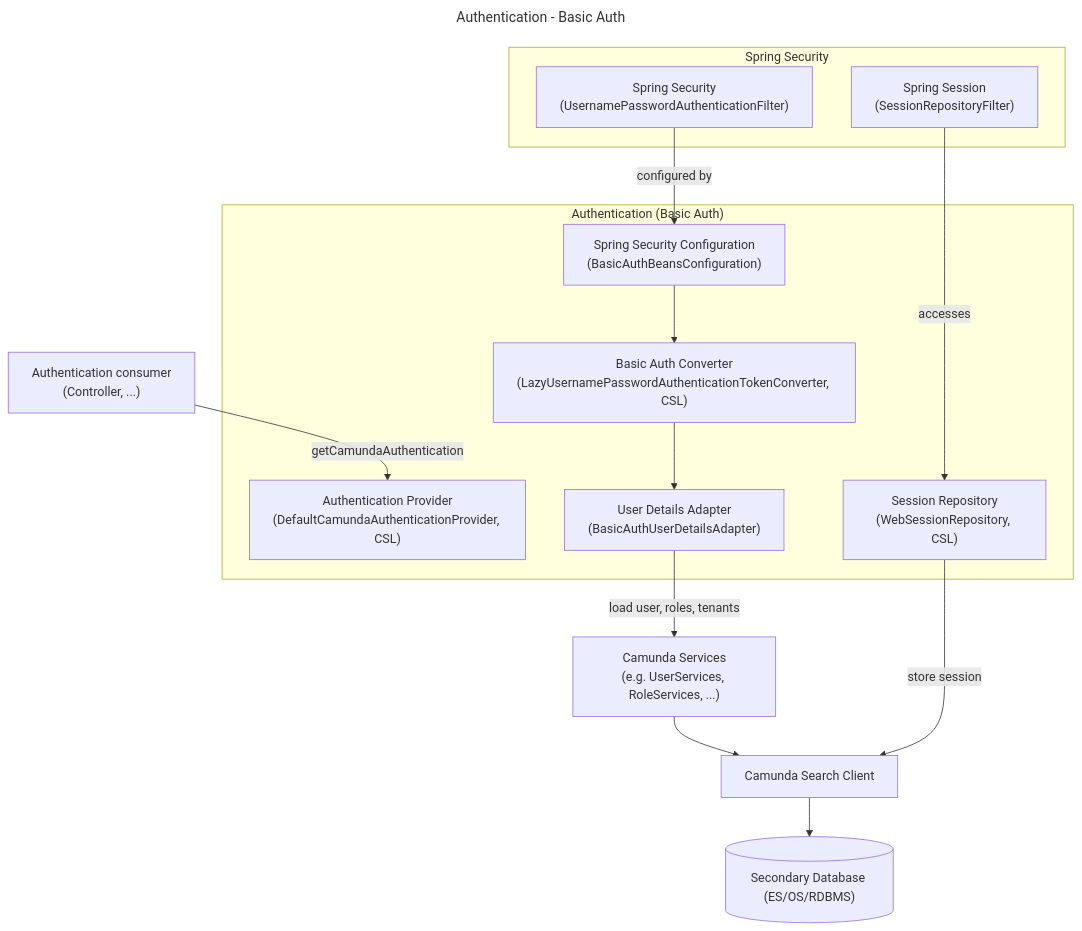
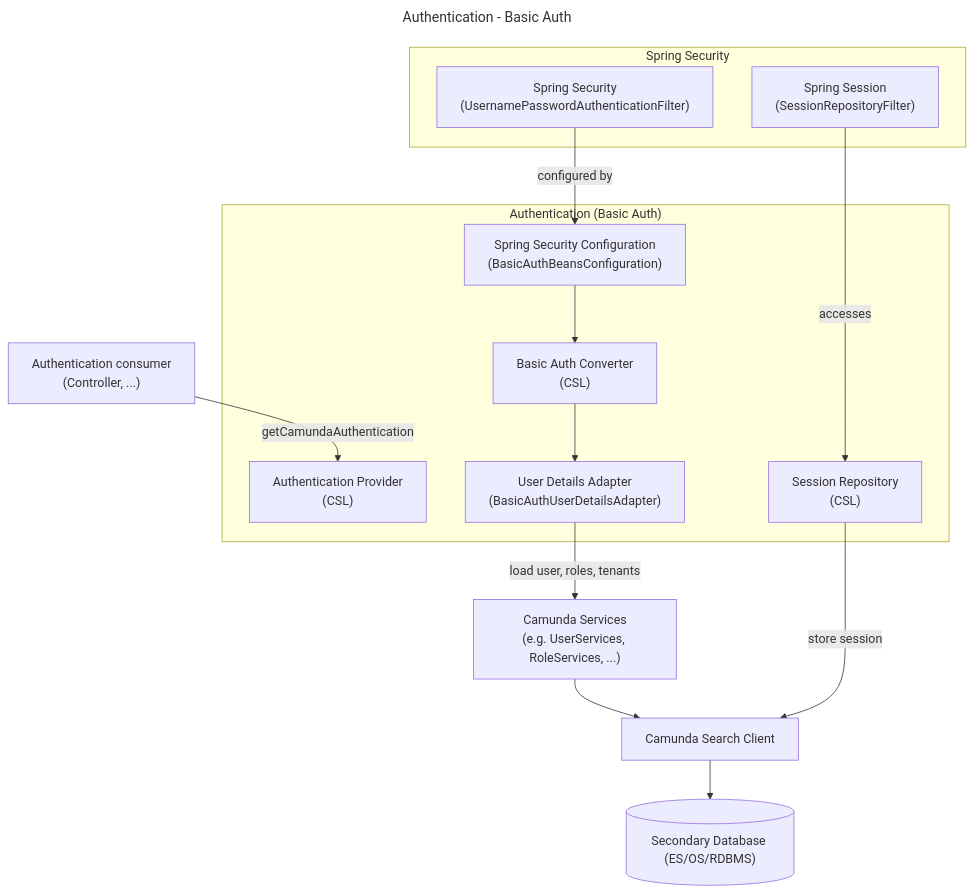
Before and after one commit to camunda/camunda: the fourth of 17 diagrams in identity/docs/architecture.md, drawn with Mermaid. The commit also changed other lines of this file and 3 other files, not shown here.

````diff
--- a/identity/docs/architecture.md
+++ b/identity/docs/architecture.md
@@ -282,33 +288,33 @@
 ```mermaid
 ---
 title: Authentication - Basic Auth
 ---
 flowchart TB
   AUTH_CONSUMER["Authentication consumer</br> (Controller, ...)"] -->|"getCamundaAuthentication"| AUTH_PROVIDER
 
   subgraph SPRING_SECURITY["Spring Security"]
     SPRING_FILTER["Spring Security</br>(UsernamePasswordAuthenticationFilter)"]
     SPRING_SESSION["Spring Session</br>(SessionRepositoryFilter)"]
   end
 
   subgraph AUTHENTICATION_BASIC["Authentication (Basic Auth)"]
     WEB_SEC_CFG["Spring Security Configuration</br>(BasicAuthBeansConfiguration)"]
-    BASIC_CONV["Basic Auth Converter</br>(LazyUsernamePasswordAuthenticationTokenConverter, CSL)"]
+    BASIC_CONV["Basic Auth Converter</br>(CSL)"]
     USER_DETAILS["User Details Adapter</br>(BasicAuthUserDetailsAdapter)"]
-    SESSION_MGR["Session Repository</br>(WebSessionRepository, CSL)"]
-    AUTH_PROVIDER["Authentication Provider</br>(DefaultCamundaAuthenticationProvider, CSL)"]
+    SESSION_MGR["Session Repository</br>(CSL)"]
+    AUTH_PROVIDER["Authentication Provider</br>(CSL)"]
 
     WEB_SEC_CFG --> BASIC_CONV
     BASIC_CONV --> USER_DETAILS
   end
 
   CAMUNDA_SEARCH_CLIENT["Camunda Search Client"]
   SECONDARY_DB[("Secondary Database (ES/OS/RDBMS)")]
 
   SPRING_FILTER -->|"configured by"| WEB_SEC_CFG
   SPRING_SESSION -->|"accesses"| SESSION_MGR
 
   USER_DETAILS -->|"load user, roles, tenants"| CAMUNDA_SERVICES
   CAMUNDA_SERVICES["Camunda Services</br>(e.g. UserServices, RoleServices, ...)"] --> CAMUNDA_SEARCH_CLIENT --> SECONDARY_DB
   SESSION_MGR -->|"store session"| CAMUNDA_SEARCH_CLIENT
 ```
````
